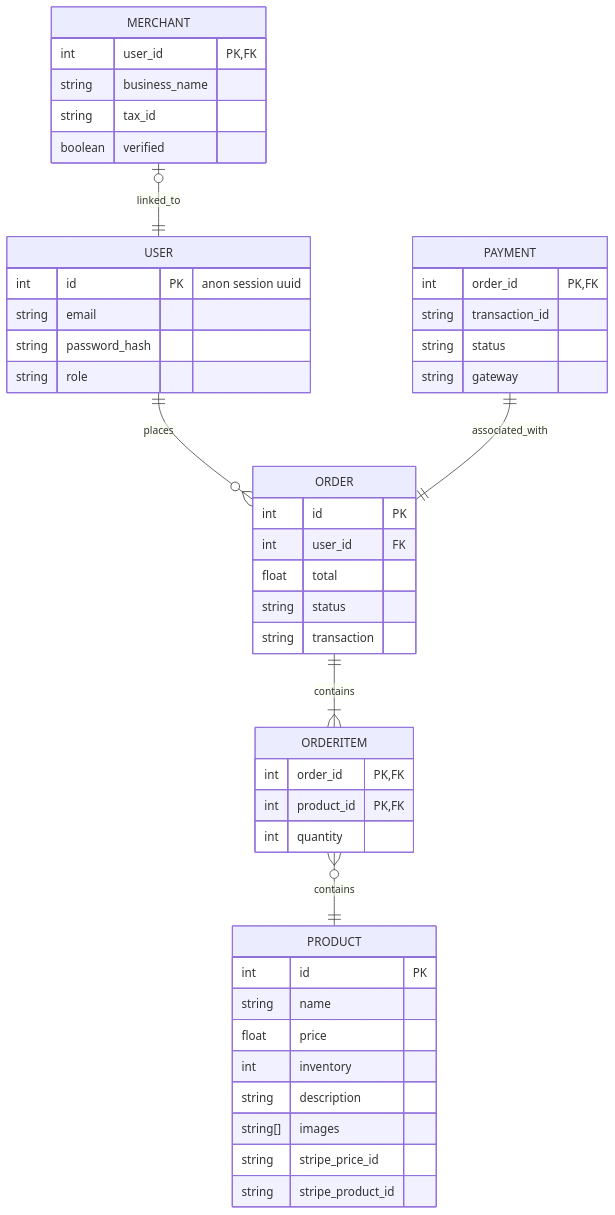
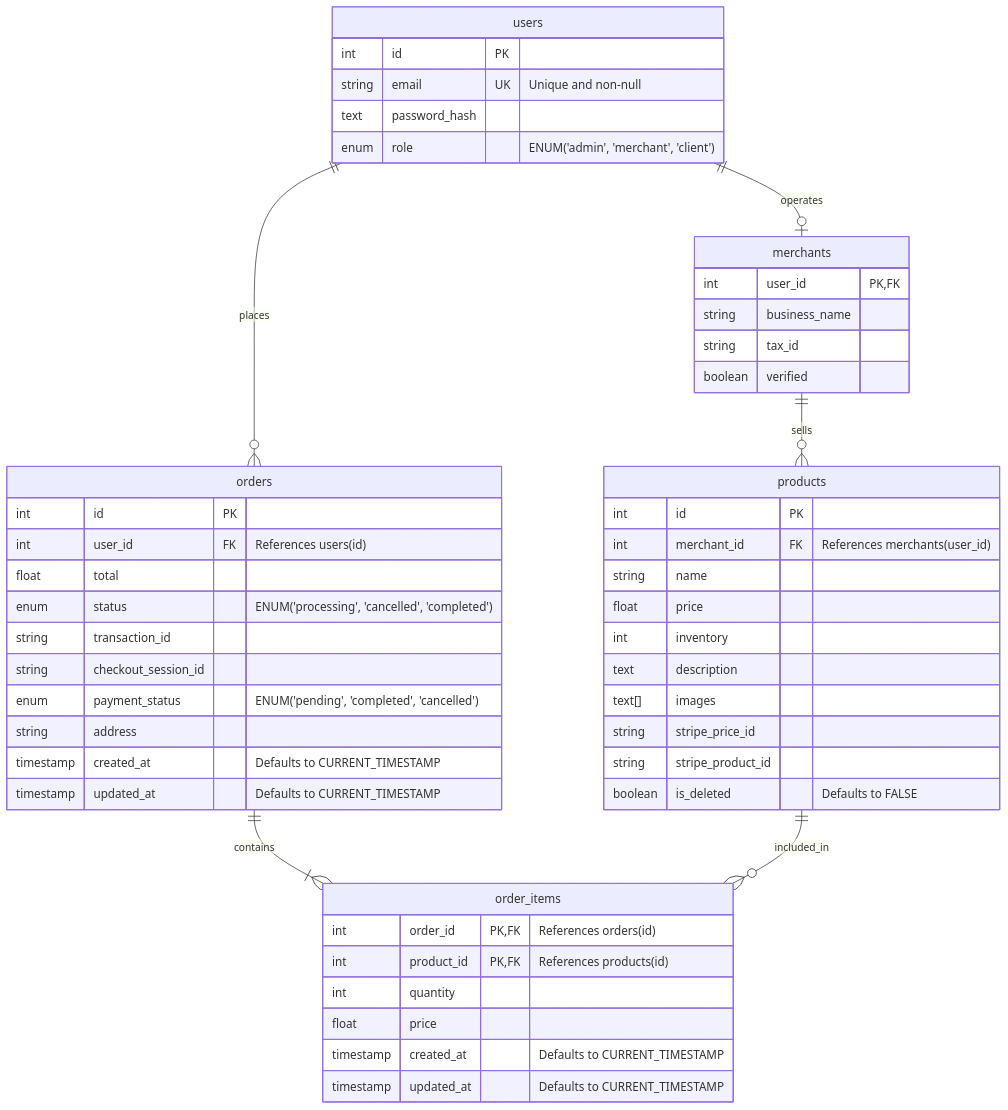
One commit to CS464-ECOMMERCE/ecommerce-app changed the diagram in erDiagram.mmd. Above: the diagram before and after it, drawn with Mermaid. The commit also changed 1 other file, not shown here.

Commit message:
fix: updated readme and erdiagram

```diff
--- a/erDiagram.mmd
+++ b/erDiagram.mmd
@@ -1,55 +1,55 @@
- erDiagram
-        USER ||--o{ ORDER : places
-        USER {
-            int id PK "anon session uuid"
-            string email
-            string password_hash
-            string role
-        }
+erDiagram
+    users ||--o{ orders : "places"
+    users ||--o| merchants : "operates"
+    merchants ||--o{ products : "sells"
+    orders ||--|{ order_items : "contains"
+    products ||--o{ order_items : "included_in"
 
-        %% MERCHANT ||--o{ PRODUCT : sells
-        MERCHANT |o--|| USER : linked_to
-        MERCHANT {
-            int user_id PK, FK  
-            string business_name
-            string tax_id
-            boolean verified
-        }
+    users {
+        int id PK
+        string email UK "Unique and non-null"
+        text password_hash
+        enum role "ENUM('admin', 'merchant', 'client')"
+    }
 
-        %% PRODUCT ||--o{ REVIEW : reviewed_by
-        ORDER ||--|{ ORDERITEM : contains
-        PRODUCT {
-            int id PK
-            %% int merchant_id FK
-            %% int category_id FK
-            string name
-            float price
-            int inventory
-            string description
-            string[] images
-            string stripe_price_id
-            string stripe_product_id
-        }
-        
-        ORDER {
-            int id PK
-            int user_id FK
-            float total
-            string status
-            string transaction
-        }
+    merchants {
+        int user_id PK,FK
+        string business_name
+        string tax_id
+        boolean verified
+    }
 
-        ORDERITEM }o--|| PRODUCT: contains
-        ORDERITEM {
-            int order_id PK, FK
-            int product_id PK, FK
-            int quantity
-        }
+    products {
+        int id PK
+        int merchant_id FK "References merchants(user_id)"
+        string name
+        float price
+        int inventory
+        text description
+        text[] images
+        string stripe_price_id
+        string stripe_product_id
+        boolean is_deleted "Defaults to FALSE"
+    }
 
-        PAYMENT ||--|| ORDER : associated_with
-        PAYMENT {
-            int order_id PK, FK
-            string transaction_id
-            string status
-            string gateway
-        }
+    orders {
+        int id PK
+        int user_id FK "References users(id)"
+        float total
+        enum status "ENUM('processing', 'cancelled', 'completed')"
+        string transaction_id
+        string checkout_session_id
+        enum payment_status "ENUM('pending', 'completed', 'cancelled')"
+        string address
+        timestamp created_at "Defaults to CURRENT_TIMESTAMP"
+        timestamp updated_at "Defaults to CURRENT_TIMESTAMP"
+    }
+
+    order_items {
+        int order_id PK,FK "References orders(id)"
+        int product_id PK,FK "References products(id)"
+        int quantity
+        float price
+        timestamp created_at "Defaults to CURRENT_TIMESTAMP"
+        timestamp updated_at "Defaults to CURRENT_TIMESTAMP"
+    }
```
